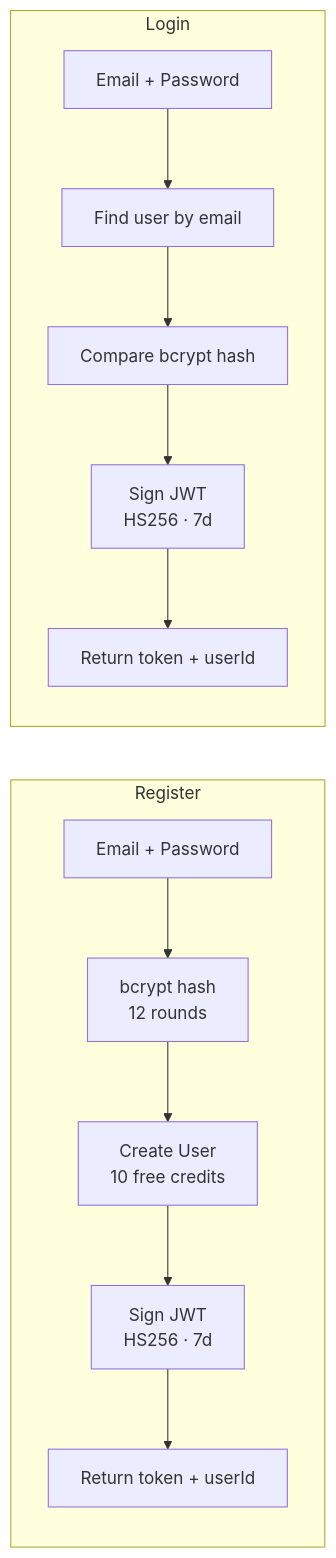
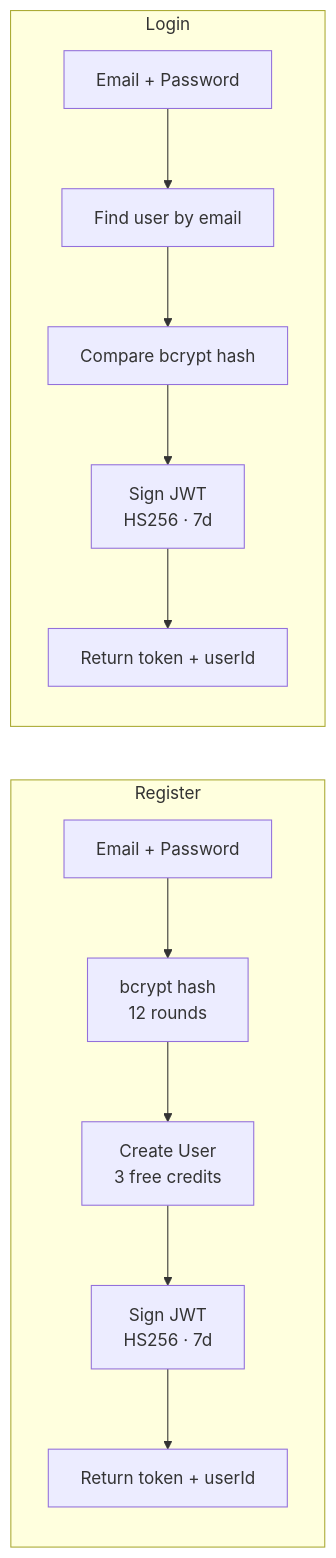
One commit to learnwithsatyam/listic changed the fourth of 4 diagrams in README.md. Above: the diagram before and after it, drawn with Mermaid. The commit also changed other lines of this file and 6 other files, not shown here.

````diff
--- a/README.md
+++ b/README.md
@@ -403,16 +403,16 @@
 ```mermaid
 flowchart LR
     subgraph Register
         R1[Email + Password] --> R2[bcrypt hash<br>12 rounds]
-        R2 --> R3[Create User<br>10 free credits]
+        R2 --> R3[Create User<br>3 free credits]
         R3 --> R4[Sign JWT<br>HS256 · 7d]
         R4 --> R5[Return token + userId]
     end
 
     subgraph Login
         L1[Email + Password] --> L2[Find user by email]
         L2 --> L3[Compare bcrypt hash]
         L3 --> L4[Sign JWT<br>HS256 · 7d]
         L4 --> L5[Return token + userId]
     end
 ```
````
